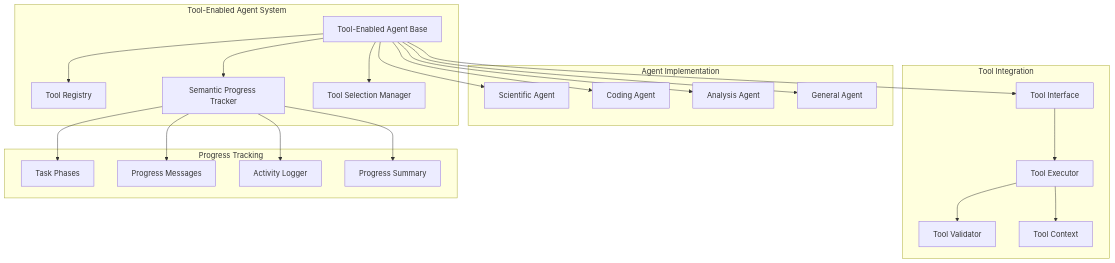
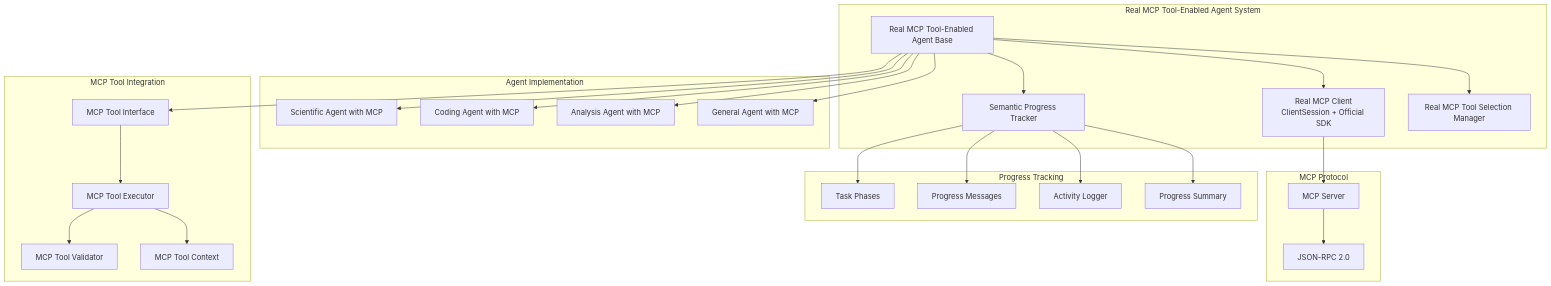
Before and after one commit to agentplug/agenthub: the diagram in docs/.implementation_design/phase2.5_semantic_progress_tools/core/02_tool_enabled_agent_design.md, drawn with Mermaid. The commit also changed other lines of this file and 14 other files, not shown here.

First line of the commit message:
docs: update design documents for real MCP implementation

````diff
--- a/docs/.implementation_design/phase2.5_semantic_progress_tools/core/02_tool_enabled_agent_design.md
+++ b/docs/.implementation_design/phase2.5_semantic_progress_tools/core/02_tool_enabled_agent_design.md
@@ -18,46 +18,53 @@
 ```mermaid
 graph TB
-    subgraph "Tool-Enabled Agent System"
-        TEA[Tool-Enabled Agent Base]
-        TR[Tool Registry]
+    subgraph "Real MCP Tool-Enabled Agent System"
+        TEA[Real MCP Tool-Enabled Agent Base]
+        MCP_C[Real MCP Client<br/>ClientSession + Official SDK]
         SPT[Semantic Progress Tracker]
-        TSM[Tool Selection Manager]
+        TSM[Real MCP Tool Selection Manager]
     end
 
     subgraph "Agent Implementation"
-        SA[Scientific Agent]
-        CA[Coding Agent]
-        AA[Analysis Agent]
-        GA[General Agent]
+        SA[Scientific Agent with MCP]
+        CA[Coding Agent with MCP]
+        AA[Analysis Agent with MCP]
+        GA[General Agent with MCP]
     end
 
-    subgraph "Tool Integration"
-        TI[Tool Interface]
-        TE[Tool Executor]
-        TV[Tool Validator]
-        TC[Tool Context]
+    subgraph "MCP Tool Integration"
+        MCP_TI[MCP Tool Interface]
+        MCP_TE[MCP Tool Executor]
+        MCP_TV[MCP Tool Validator]
+        MCP_TC[MCP Tool Context]
     end
 
     subgraph "Progress Tracking"
         TP[Task Phases]
         PM[Progress Messages]
         AL[Activity Logger]
         PS[Progress Summary]
     end
 
-    TEA --> TR
+    subgraph "MCP Protocol"
+        MCP_S[MCP Server]
+        JSONRPC[JSON-RPC 2.0]
+    end
+
+    TEA --> MCP_C
     TEA --> SPT
     TEA --> TSM
     TEA --> SA
     TEA --> CA
     TEA --> AA
     TEA --> GA
-    TEA --> TI
-    TI --> TE
-    TE --> TV
-    TE --> TC
+    TEA --> MCP_TI
+    MCP_TI --> MCP_TE
+    MCP_TE --> MCP_TV
+    MCP_TE --> MCP_TC
+    MCP_C --> MCP_S
+    MCP_S --> JSONRPC
     SPT --> TP
     SPT --> PM
     SPT --> AL
     SPT --> PS
 ```
````
